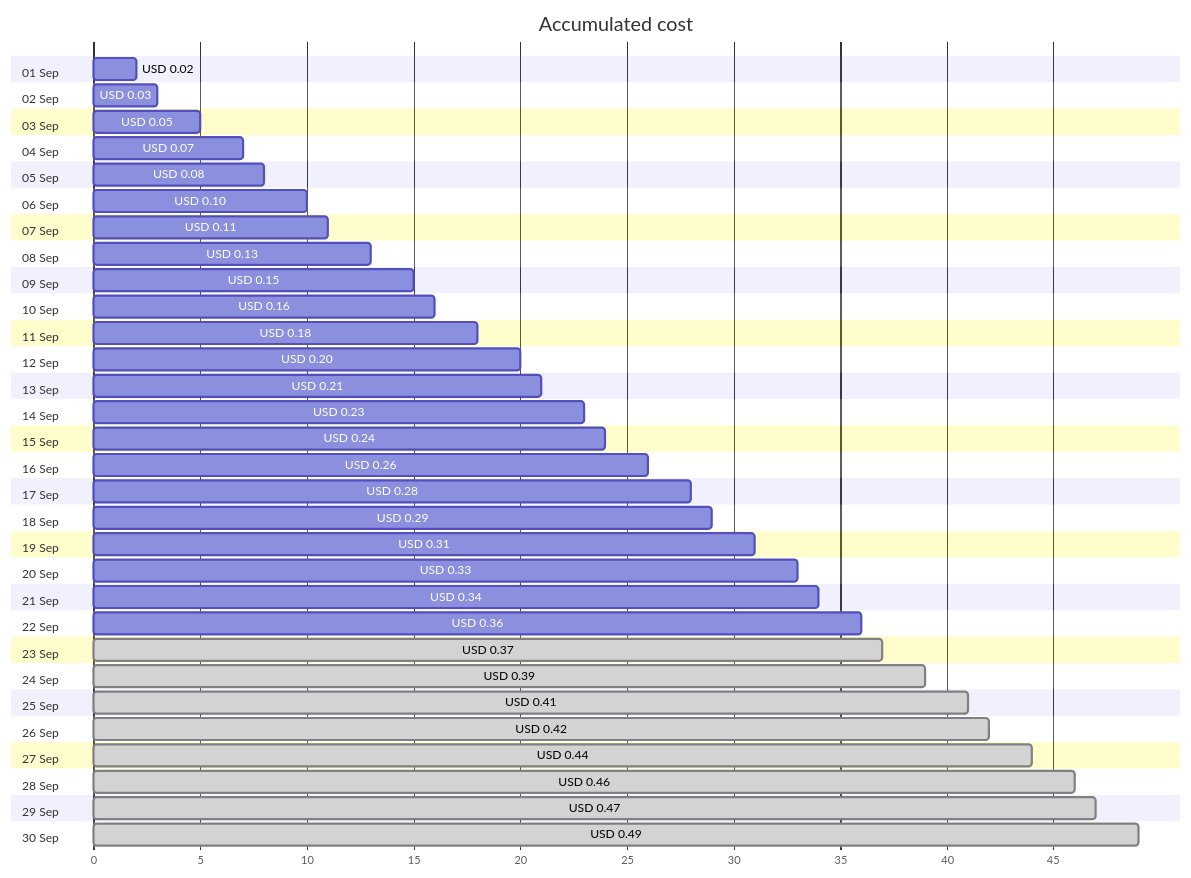
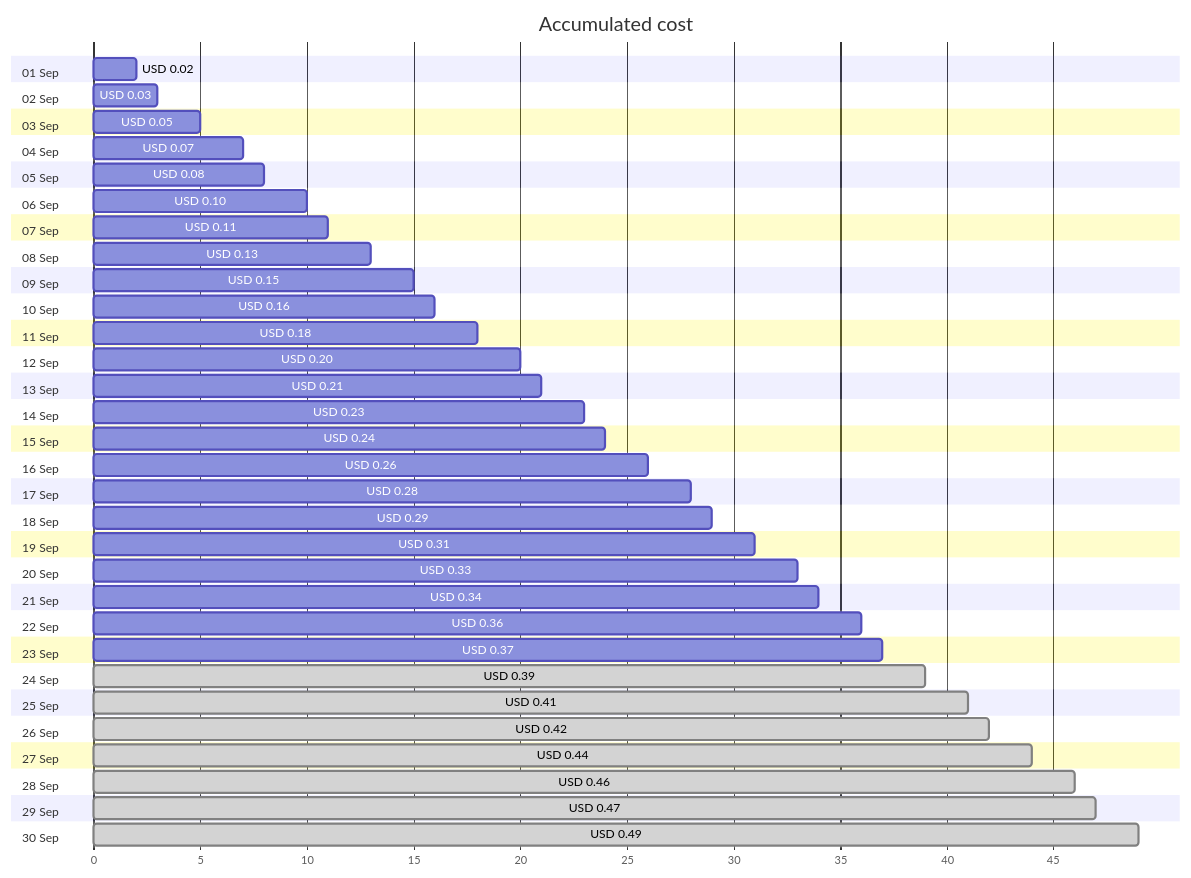
Before and after one commit to jpfulton/azure-personal-reports: the first of 4 diagrams in cost-reports/personal-dns/jpatrickfulton.dev.md, drawn with Mermaid. The commit also changed other lines of this file and 2 other files, not shown here.

````diff
--- a/cost-reports/personal-dns/jpatrickfulton.dev.md
+++ b/cost-reports/personal-dns/jpatrickfulton.dev.md
@@ -20,66 +20,66 @@
 ```mermaid
 gantt
    title Accumulated cost
    dateFormat  X
    axisFormat %s
    section 01 Sep
    USD 0.02 :0, 2
    section 02 Sep
    USD 0.03 :0, 3
    section 03 Sep
    USD 0.05 :0, 5
    section 04 Sep
    USD 0.07 :0, 7
    section 05 Sep
    USD 0.08 :0, 8
    section 06 Sep
    USD 0.10 :0, 10
    section 07 Sep
    USD 0.11 :0, 11
    section 08 Sep
    USD 0.13 :0, 13
    section 09 Sep
    USD 0.15 :0, 15
    section 10 Sep
    USD 0.16 :0, 16
    section 11 Sep
    USD 0.18 :0, 18
    section 12 Sep
    USD 0.20 :0, 20
    section 13 Sep
    USD 0.21 :0, 21
    section 14 Sep
    USD 0.23 :0, 23
    section 15 Sep
    USD 0.24 :0, 24
    section 16 Sep
    USD 0.26 :0, 26
    section 17 Sep
    USD 0.28 :0, 28
    section 18 Sep
    USD 0.29 :0, 29
    section 19 Sep
    USD 0.31 :0, 31
    section 20 Sep
    USD 0.33 :0, 33
    section 21 Sep
    USD 0.34 :0, 34
    section 22 Sep
    USD 0.36 :0, 36
    section 23 Sep
-   USD 0.37 : done, 0, 37
+   USD 0.37 :0, 37
    section 24 Sep
    USD 0.39 : done, 0, 39
    section 25 Sep
    USD 0.41 : done, 0, 41
    section 26 Sep
    USD 0.42 : done, 0, 42
    section 27 Sep
    USD 0.44 : done, 0, 44
    section 28 Sep
    USD 0.46 : done, 0, 46
    section 29 Sep
    USD 0.47 : done, 0, 47
    section 30 Sep
    USD 0.49 : done, 0, 49
 ```
````
